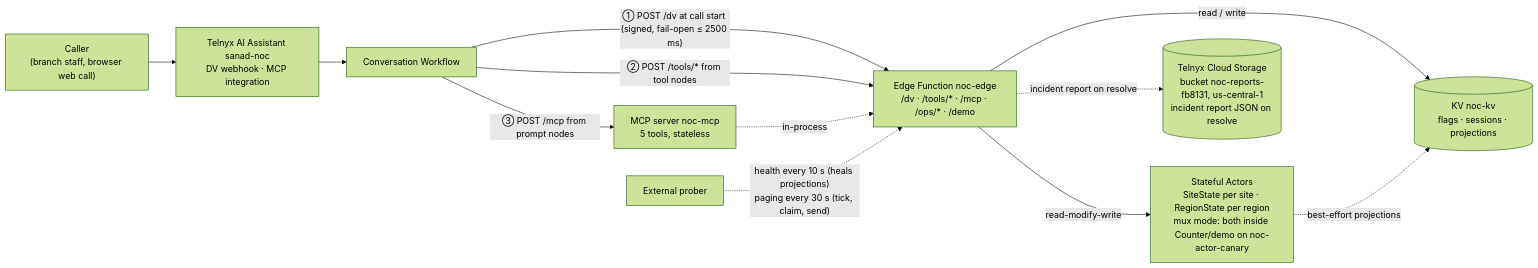
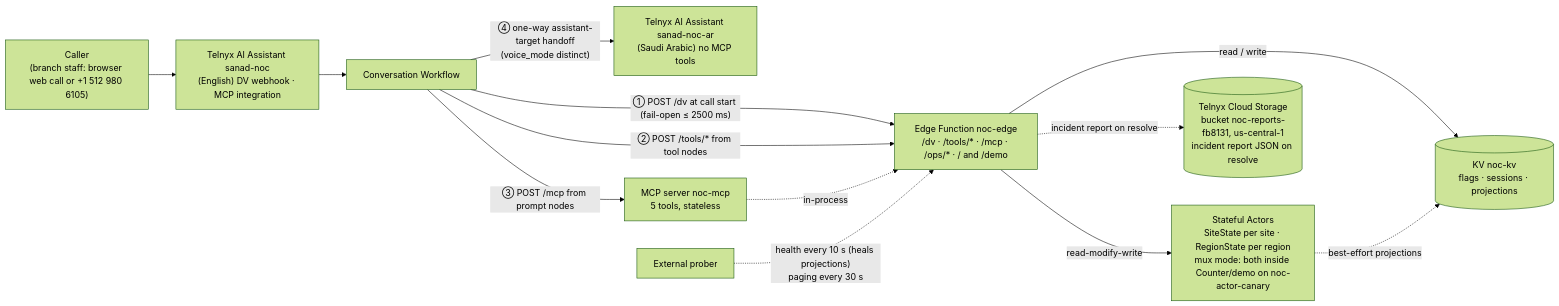
One commit to ifahad/noc-front-door changed the diagram in README.md. Above: the diagram before and after it, drawn with Mermaid (forest theme). The commit also changed other lines of this file and 8 other files, not shown here.

````diff
--- a/README.md
+++ b/README.md
@@ -41,24 +41,26 @@
 ```mermaid
 flowchart LR
-  caller["Caller<br/>(branch staff, browser web call)"]
-  asst["Telnyx AI Assistant sanad-noc<br/>DV webhook · MCP integration"]
+  caller["Caller<br/>(branch staff: browser web call or +1 512 980 6105)"]
+  asst["Telnyx AI Assistant sanad-noc<br/>(English) DV webhook · MCP integration"]
   wf["Conversation Workflow"]
-  edge["Edge Function noc-edge<br/>/dv · /tools/* · /mcp · /ops/* · /demo"]
+  ar["Telnyx AI Assistant sanad-noc-ar<br/>(Saudi Arabic) no MCP tools"]
+  edge["Edge Function noc-edge<br/>/dv · /tools/* · /mcp · /ops/* · / and /demo"]
   mcp["MCP server noc-mcp<br/>5 tools, stateless"]
   kv[("KV noc-kv<br/>flags · sessions · projections")]
   actors["Stateful Actors<br/>SiteState per site · RegionState per region<br/>mux mode: both inside Counter/demo on noc-actor-canary"]
   tcs[("Telnyx Cloud Storage<br/>bucket noc-reports-fb8131, us-central-1<br/>incident report JSON on resolve")]
   prober["External prober"]
 
   caller --> asst
   asst --> wf
-  wf -->|"① POST /dv at call start (signed, fail-open ≤ 2500 ms)"| edge
+  wf -->|"④ one-way assistant-target handoff<br/>(voice_mode distinct)"| ar
+  wf -->|"① POST /dv at call start (fail-open ≤ 2500 ms)"| edge
   wf -->|"② POST /tools/* from tool nodes"| edge
   wf -->|"③ POST /mcp from prompt nodes"| mcp
   mcp -.->|"in-process"| edge
   edge -->|"read / write"| kv
   edge -->|"read-modify-write"| actors
   actors -.->|"best-effort projections"| kv
   edge -.->|"incident report on resolve"| tcs
-  prober -.->|"health every 10 s (heals projections)<br/>paging every 30 s (tick, claim, send)"| edge
+  prober -.->|"health every 10 s (heals projections)<br/>paging every 30 s"| edge
 ```
````
